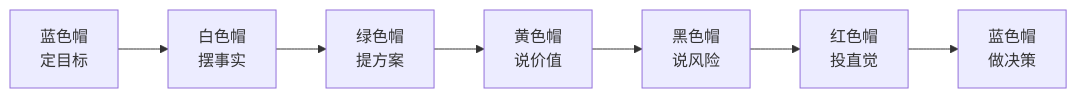
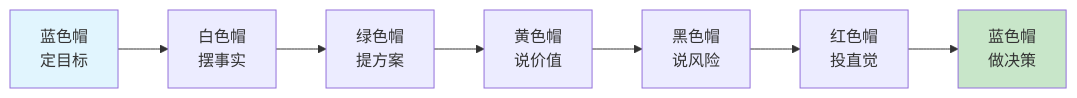
Before and after one commit to chongyang211/YCBookBlog: the third of 5 diagrams in packages/website/11.书籍/05.自我精进·成事/17.六顶思考帽方法.md, drawn with Mermaid. The commit also changed other lines of this file and 5 other files, not shown here.

````diff
--- a/packages/website/11.书籍/05.自我精进·成事/17.六顶思考帽方法.md
+++ b/packages/website/11.书籍/05.自我精进·成事/17.六顶思考帽方法.md
@@ -96,9 +112,11 @@
 ```mermaid
 graph LR
     B[蓝色帽<br/>定目标] --> W[白色帽<br/>摆事实]
     W --> G[绿色帽<br/>提方案]
     G --> Y[黄色帽<br/>说价值]
     Y --> K[黑色帽<br/>说风险]
     K --> R[红色帽<br/>投直觉]
     R --> B2[蓝色帽<br/>做决策]
+    style B fill:#e1f5fe
+    style B2 fill:#c8e6c9
 ```
````
